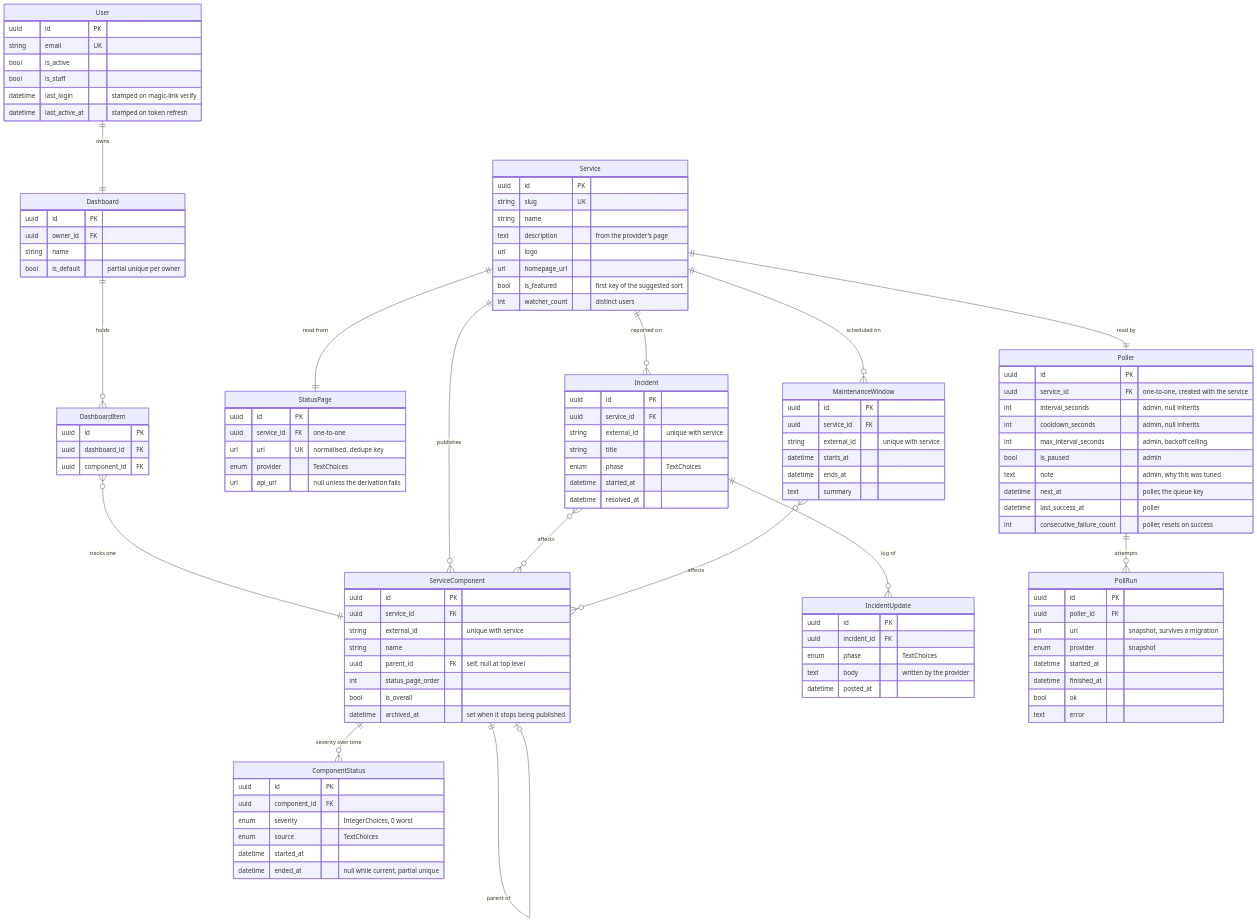
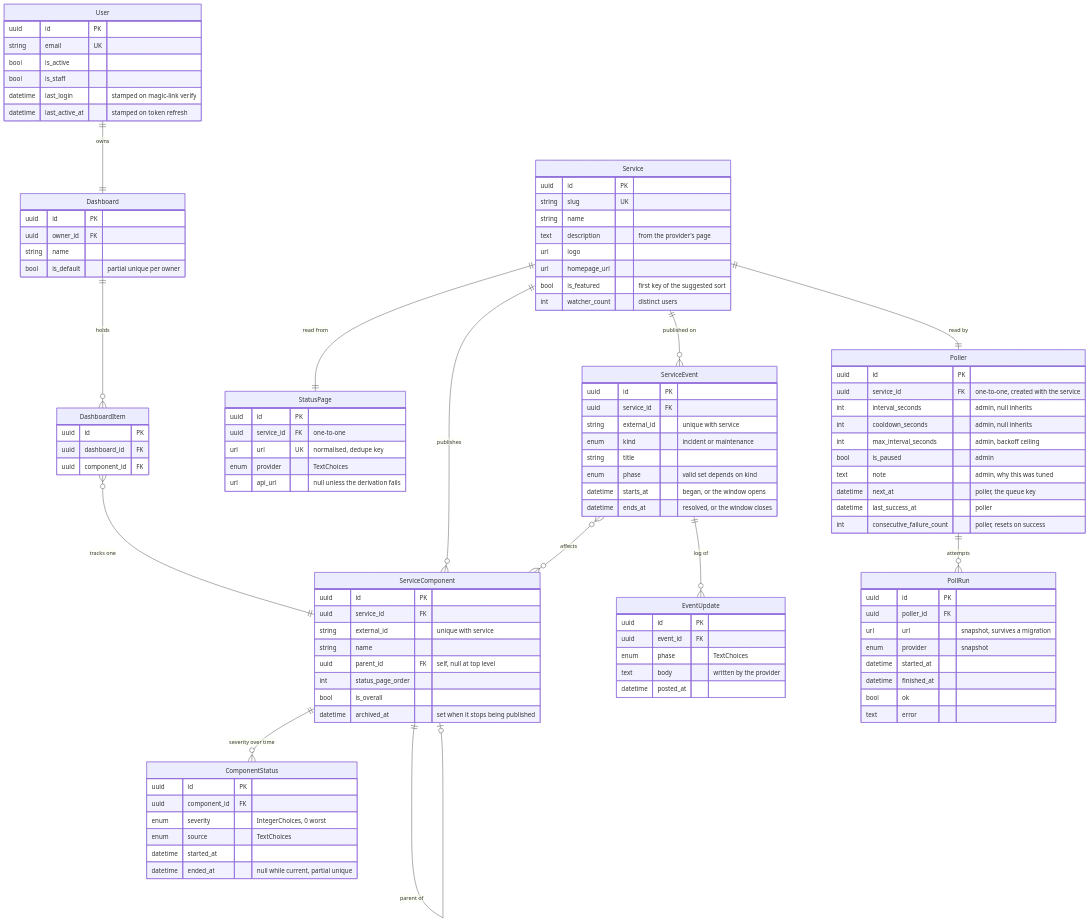
The second of 2 diagrams in docs/specs/2026-08-23-statusboard-design.md (thalida/statusboard), drawn with Mermaid before and after one commit. The commit also changed other lines of this file and 2 other files, not shown here.

````diff
--- a/docs/specs/2026-08-23-statusboard-design.md
+++ b/docs/specs/2026-08-23-statusboard-design.md
@@ -171,29 +169,22 @@
         datetime started_at
         datetime ended_at "null while current, partial unique"
     }
-    Incident {
+    ServiceEvent {
         uuid id PK
         uuid service_id FK
         string external_id "unique with service"
+        enum kind "incident or maintenance"
         string title
-        enum phase "TextChoices"
-        datetime started_at
-        datetime resolved_at
+        enum phase "valid set depends on kind"
+        datetime starts_at "began, or the window opens"
+        datetime ends_at "resolved, or the window closes"
     }
-    IncidentUpdate {
+    EventUpdate {
         uuid id PK
-        uuid incident_id FK
+        uuid event_id FK
         enum phase "TextChoices"
         text body "written by the provider"
         datetime posted_at
-    }
-    MaintenanceWindow {
-        uuid id PK
-        uuid service_id FK
-        string external_id "unique with service"
-        datetime starts_at
-        datetime ends_at
-        text summary
     }
     PollRun {
         uuid id PK
@@ -215,9 +206,7 @@
     ServiceComponent ||--o| ServiceComponent : "parent of"
     ServiceComponent ||--o{ ComponentStatus : "severity over time"
     Poller ||--o{ PollRun : "attempts"
-    Service ||--o{ Incident : "reported on"
-    Service ||--o{ MaintenanceWindow : "scheduled on"
-    Incident ||--o{ IncidentUpdate : "log of"
-    Incident }o--o{ ServiceComponent : affects
-    MaintenanceWindow }o--o{ ServiceComponent : affects
+    Service ||--o{ ServiceEvent : "published on"
+    ServiceEvent ||--o{ EventUpdate : "log of"
+    ServiceEvent }o--o{ ServiceComponent : affects
 ```
````
